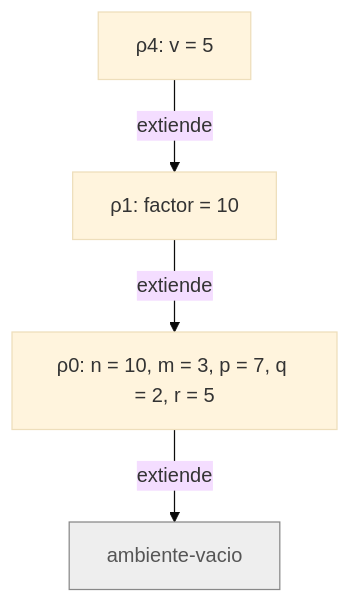
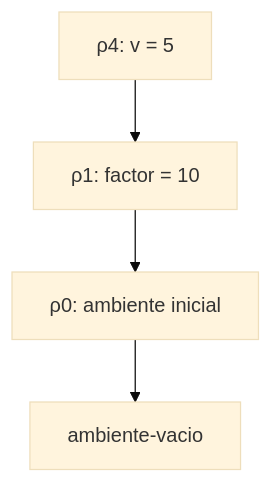
The first of 3 diagrams in docs/informe-correccion.md (Nicolas-Cardona2/flp-2026-2-taller-02-cauca-GrupoCK), drawn with Mermaid (base theme) before and after one commit. The commit also changed other lines of this file and 3 other files, not shown here.

````diff
--- a/docs/informe-correccion.md
+++ b/docs/informe-correccion.md
@@ -200,8 +445,6 @@
 ```mermaid
 graph TD
-  A4["ρ4: v = 5"] -->|extiende| A1["ρ1: factor = 10"]
-  A1 -->|extiende| A0["ρ0: n = 10, m = 3, p = 7, q = 2, r = 5"]
-  A0 -->|extiende| V["ambiente-vacio"]
-  classDef empty fill:#eee,stroke:#888,color:#555;
-  class V empty;
+  A4["ρ4: v = 5"] --> A1["ρ1: factor = 10"]
+  A1 --> A0["ρ0: ambiente inicial"]
+  A0 --> V["ambiente-vacio"]
 ```
````
